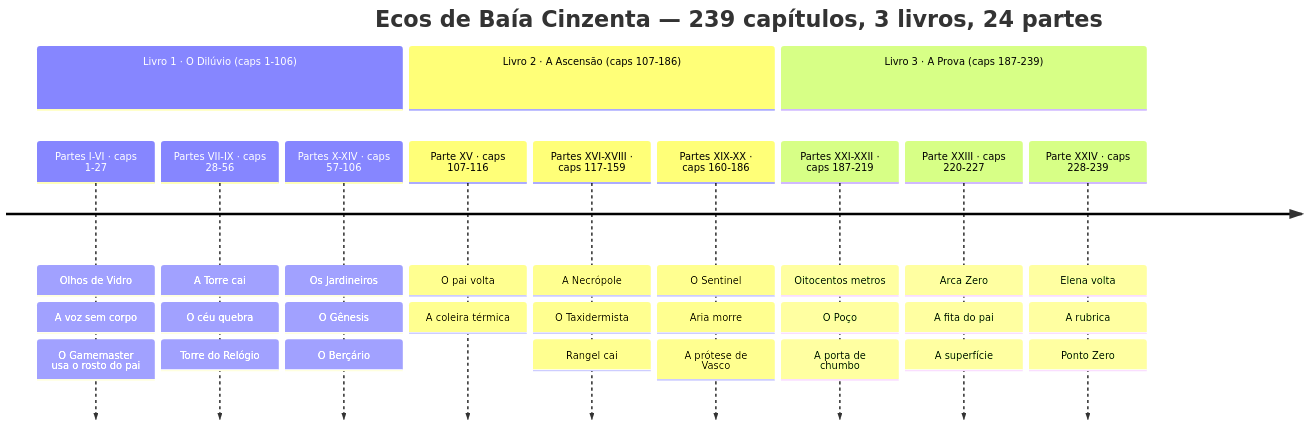
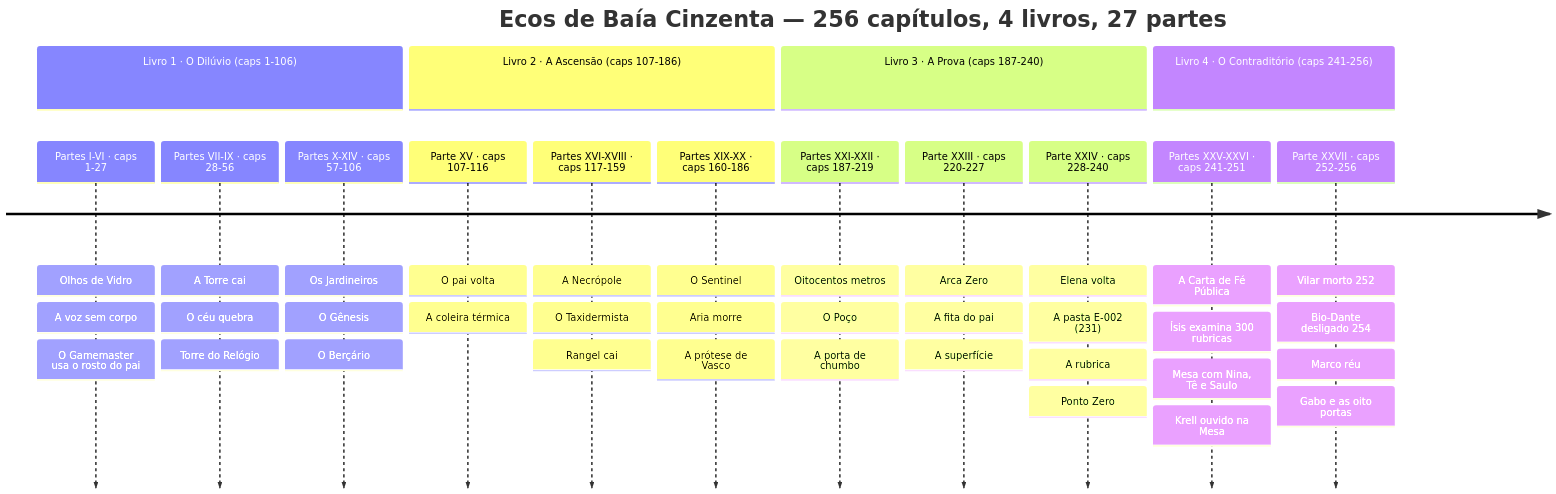
One commit to juninmd/ecos-de-baia-cinzenta changed the first of 4 diagrams in docs/arcos.md. Above: the diagram before and after it, drawn with Mermaid. The commit also changed other lines of this file and 189 other files, not shown here.

````diff
--- a/docs/arcos.md
+++ b/docs/arcos.md
@@ -15,16 +15,19 @@
 ```mermaid
 timeline
-    title Ecos de Baía Cinzenta — 239 capítulos, 3 livros, 24 partes
+    title Ecos de Baía Cinzenta — 256 capítulos, 4 livros, 27 partes
     section Livro 1 · O Dilúvio (caps 1-106)
         Partes I-VI · caps 1-27 : Olhos de Vidro : A voz sem corpo : O Gamemaster usa o rosto do pai
         Partes VII-IX · caps 28-56 : A Torre cai : O céu quebra : Torre do Relógio
         Partes X-XIV · caps 57-106 : Os Jardineiros : O Gênesis : O Berçário
     section Livro 2 · A Ascensão (caps 107-186)
         Parte XV · caps 107-116 : O pai volta : A coleira térmica
         Partes XVI-XVIII · caps 117-159 : A Necrópole : O Taxidermista : Rangel cai
         Partes XIX-XX · caps 160-186 : O Sentinel : Aria morre : A prótese de Vasco
-    section Livro 3 · A Prova (caps 187-239)
+    section Livro 3 · A Prova (caps 187-240)
         Partes XXI-XXII · caps 187-219 : Oitocentos metros : O Poço : A porta de chumbo
         Parte XXIII · caps 220-227 : Arca Zero : A fita do pai : A superfície
-        Parte XXIV · caps 228-239 : Elena volta : A rubrica : Ponto Zero
+        Parte XXIV · caps 228-240 : Elena volta : A pasta E-002 (231) : A rubrica : Ponto Zero
+    section Livro 4 · O Contraditório (caps 241-256)
+        Partes XXV-XXVI · caps 241-251 : A Carta de Fé Pública : Ísis examina 300 rubricas : Mesa com Nina, Tê e Saulo : Krell ouvido na Mesa
+        Parte XXVII · caps 252-256 : Vilar morto 252 : Bio-Dante desligado 254 : Marco réu : Gabo e as oito portas
 ```
````
